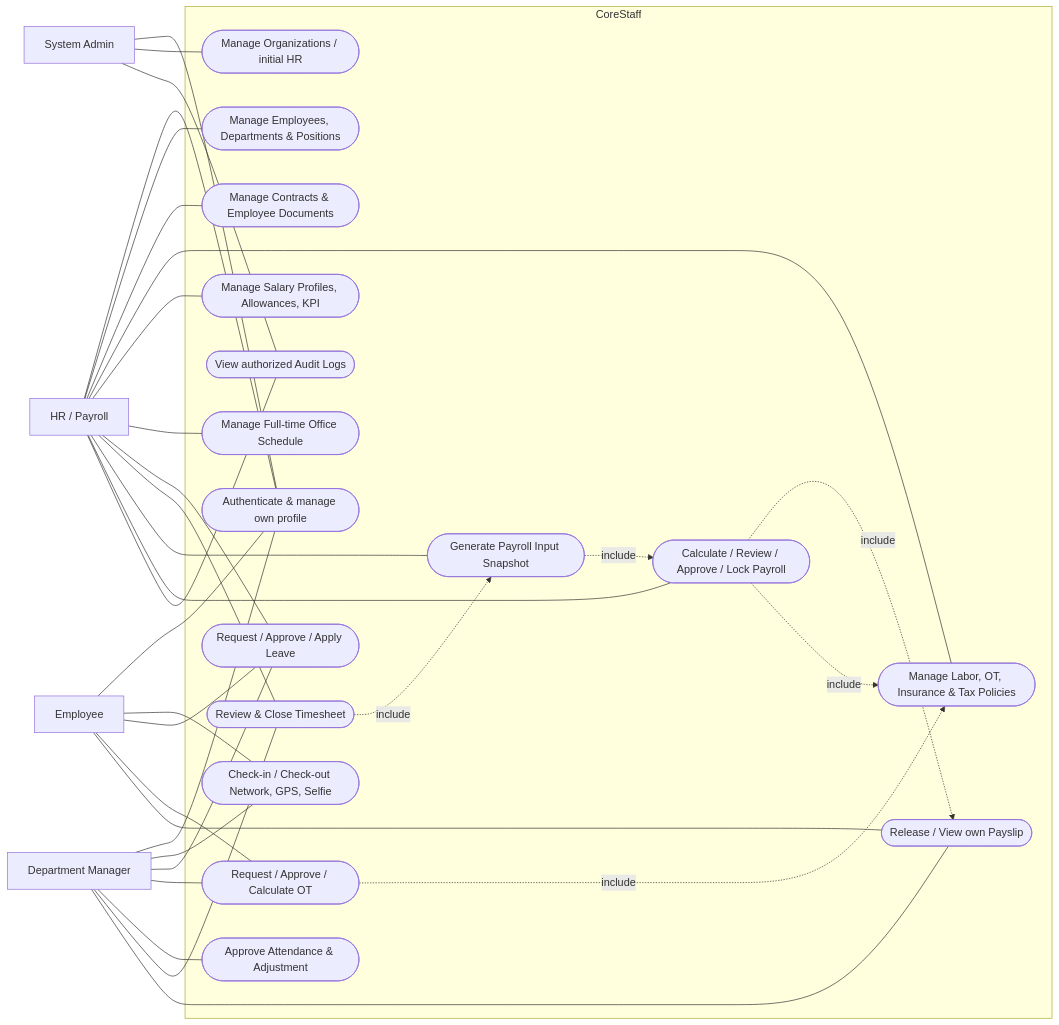
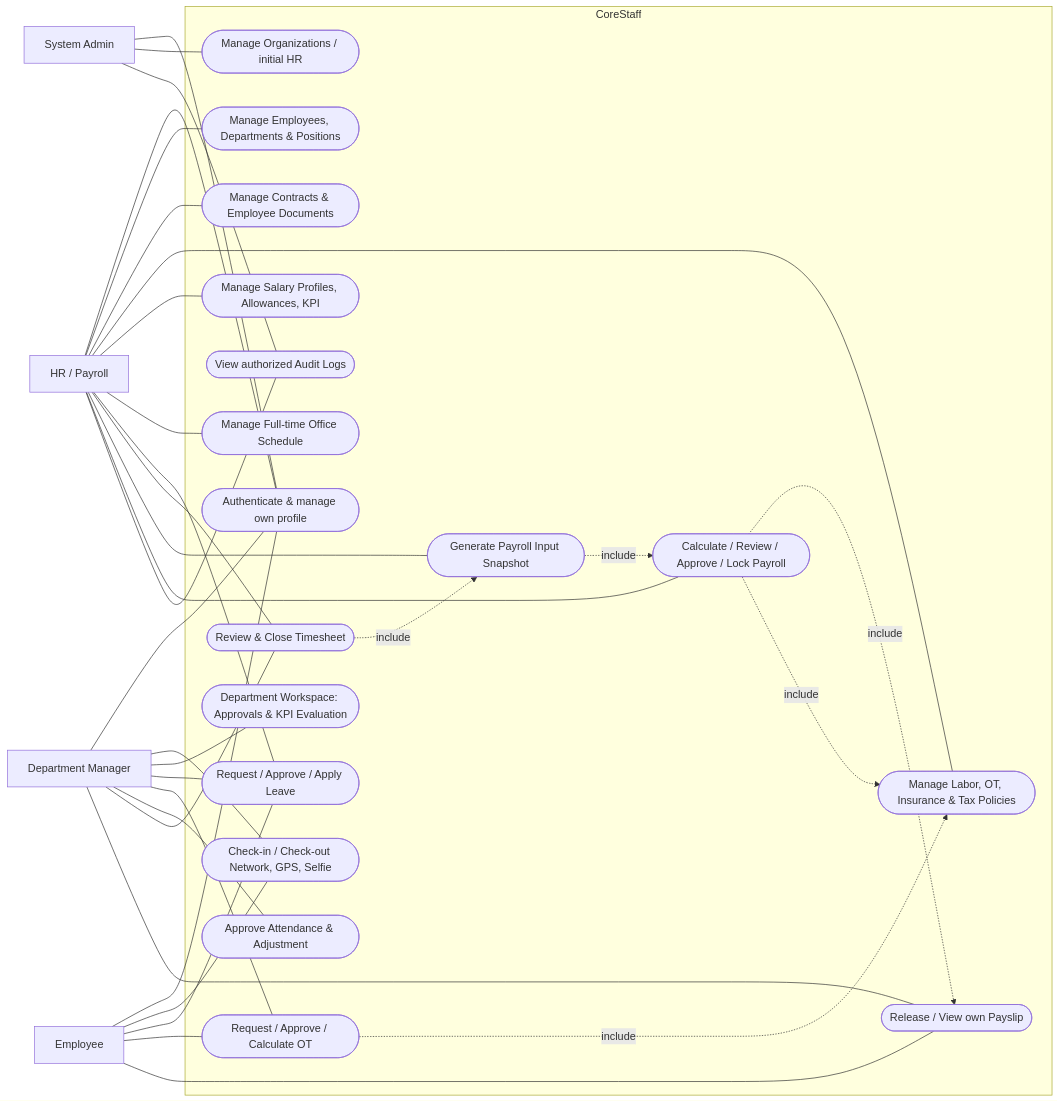
One commit to hoaibao1102/CoreStaff changed the diagram in Docs/Use case diagram.md. Above: the diagram before and after it, drawn with Mermaid. The commit also changed other lines of this file and 51 other files, not shown here.

````diff
--- a/Docs/Use case diagram.md
+++ b/Docs/Use case diagram.md
@@ -15,62 +15,64 @@
 ```mermaid
 flowchart LR
   SYS[System Admin]
   HR[HR / Payroll]
   MGR[Department Manager]
   EMP[Employee]
 
   subgraph TL[CoreStaff]
     AUTH([Authenticate & manage own profile])
     ORG([Manage Organizations / initial HR])
     PEOPLE([Manage Employees, Departments & Positions])
     CONTRACT([Manage Contracts & Employee Documents])
     POLICY([Manage Labor, OT, Insurance & Tax Policies])
     COMP([Manage Salary Profiles, Allowances, KPI])
+    MGR_WORKSPACE([Department Workspace: Approvals & KPI Evaluation])
     SCHEDULE([Manage Full-time Office Schedule])
     ATT([Check-in / Check-out Network, GPS, Selfie])
     LEAVE([Request / Approve / Apply Leave])
     OT([Request / Approve / Calculate OT])
     APPROVAL([Approve Attendance & Adjustment])
     TIMESHEET([Review & Close Timesheet])
     SNAPSHOT([Generate Payroll Input Snapshot])
     PAYROLL([Calculate / Review / Approve / Lock Payroll])
     PAYSLIP([Release / View own Payslip])
     AUDIT([View authorized Audit Logs])
   end
 
   SYS --- AUTH
   SYS --- ORG
   SYS --- AUDIT
 
   HR --- AUTH
   HR --- PEOPLE
   HR --- CONTRACT
   HR --- POLICY
   HR --- COMP
   HR --- SCHEDULE
   HR --- LEAVE
   HR --- TIMESHEET
   HR --- SNAPSHOT
   HR --- PAYROLL
   HR --- AUDIT
 
   MGR --- AUTH
   MGR --- ATT
+  MGR --- MGR_WORKSPACE
   MGR --- LEAVE
   MGR --- OT
   MGR --- APPROVAL
   MGR --- TIMESHEET
   MGR --- PAYSLIP
 
   EMP --- AUTH
   EMP --- ATT
   EMP --- LEAVE
   EMP --- OT
   EMP --- PAYSLIP
 
   TIMESHEET -.->|include| SNAPSHOT
   SNAPSHOT -.->|include| PAYROLL
   PAYROLL -.->|include| PAYSLIP
   OT -.->|include| POLICY
   PAYROLL -.->|include| POLICY
 ```
````
